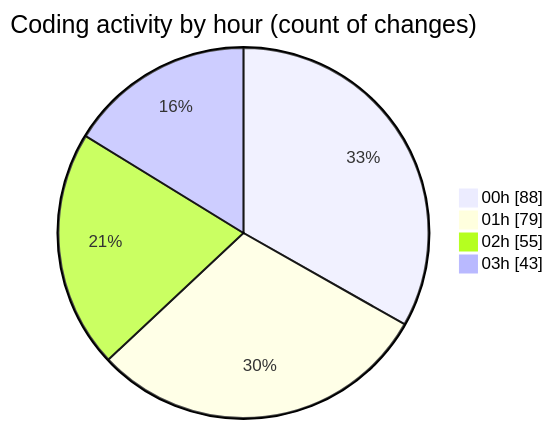
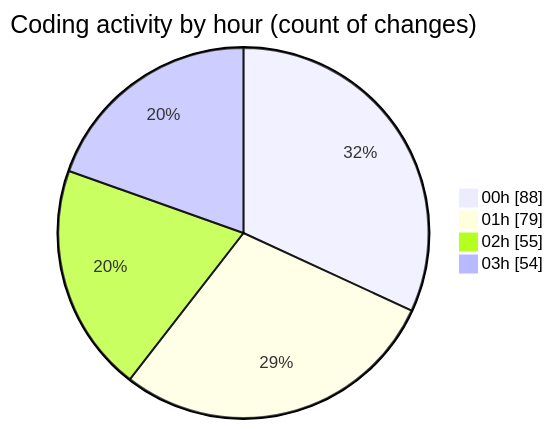
One commit to lephambinh05/code-tracking changed the second of 2 diagrams in 2025-08-16/rentotp/README.md. Above: the diagram before and after it, drawn with Mermaid. The commit also changed other lines of this file and 1 other file, not shown here.

````diff
--- a/2025-08-16/rentotp/README.md
+++ b/2025-08-16/rentotp/README.md
@@ -62,8 +63,8 @@
 ```mermaid
 pie showData
 title Coding activity by hour (count of changes)
 "00h" : 88
 "01h" : 79
 "02h" : 55
-"03h" : 43
+"03h" : 54
 ```
````
